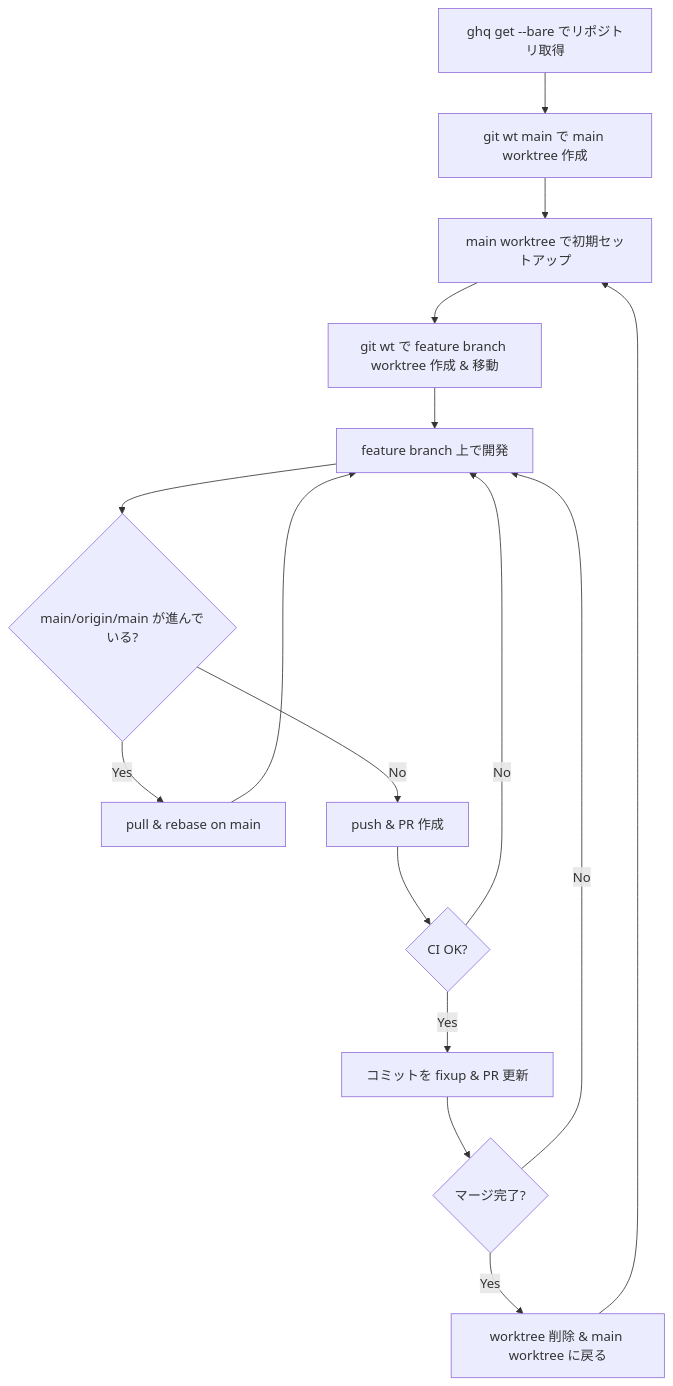
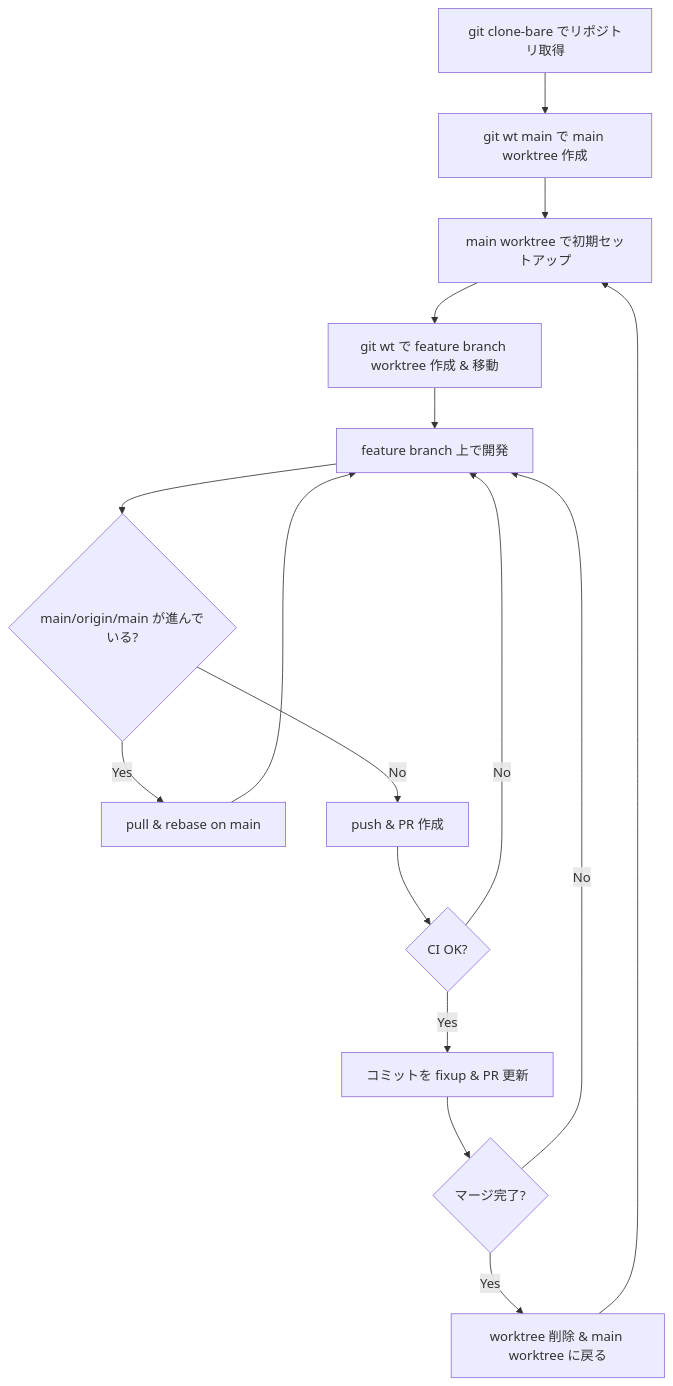
Before and after one commit to usadamasa/dotfile: the diagram in config/git/README.md, drawn with Mermaid. The commit also changed other lines of this file and 3 other files, not shown here.

First line of the commit message:
add git clone-bare alias for automated bare repository setup

````diff
--- a/config/git/README.md
+++ b/config/git/README.md
@@ -18,18 +18,18 @@
 ```mermaid
 flowchart TD
-    START[ghq get --bare でリポジトリ取得] --> WT_MAIN[git wt main で main worktree 作成]
+    START[git clone-bare でリポジトリ取得] --> WT_MAIN[git wt main で main worktree 作成]
     WT_MAIN --> SETUP[main worktree で初期セットアップ]
     SETUP --> WT_FEATURE[git wt で feature branch worktree 作成 & 移動]
     WT_FEATURE --> DEV[feature branch 上で開発]
     DEV --> CHECK_MAIN{main/origin/main が進んでいる?}
     CHECK_MAIN -->|Yes| PULL_REBASE[pull & rebase on main]
     PULL_REBASE --> DEV
     CHECK_MAIN -->|No| PUSH_PR[push & PR 作成]
     PUSH_PR --> CI{CI OK?}
     CI -->|No| DEV
     CI -->|Yes| FIXUP[コミットを fixup & PR 更新]
     FIXUP --> MERGE{マージ完了?}
     MERGE -->|No| DEV
     MERGE -->|Yes| CLEANUP[worktree 削除 & main worktree に戻る]
     CLEANUP --> SETUP
 ```
````
